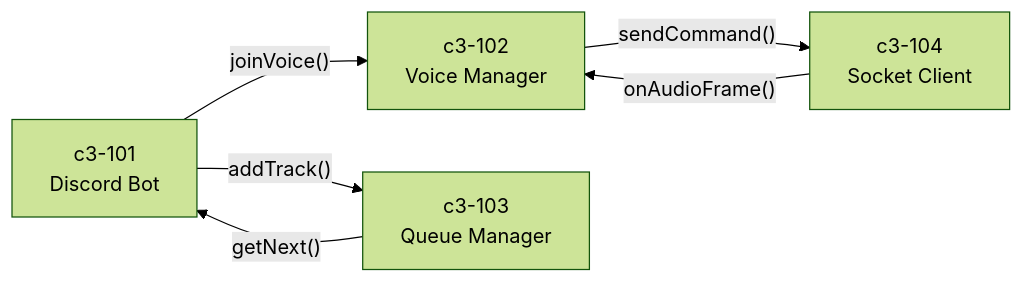
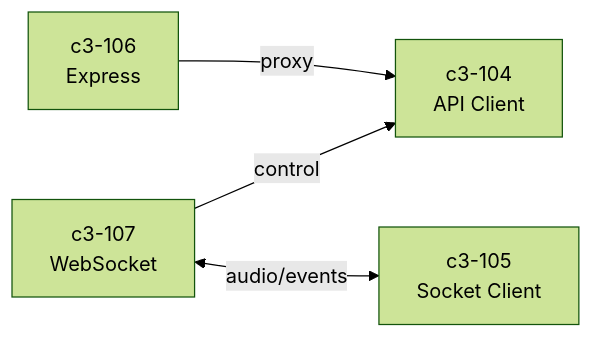
Before and after one commit to thewind121212/natashi: the second of 6 diagrams in .c3/c3-1-nodejs/README.md, drawn with Mermaid (forest theme). The commit also changed other lines of this file and 34 other files, not shown here.

````diff
--- a/.c3/c3-1-nodejs/README.md
+++ b/.c3/c3-1-nodejs/README.md
@@ -68,13 +69,11 @@
 ```mermaid
 flowchart LR
-    C101[c3-101<br/>Discord Bot]
-    C102[c3-102<br/>Voice Manager]
-    C103[c3-103<br/>Queue Manager]
-    C104[c3-104<br/>Socket Client]
+    c3_106[c3-106<br/>Express]
+    c3_107[c3-107<br/>WebSocket]
+    c3_104[c3-104<br/>API Client]
+    c3_105[c3-105<br/>Socket Client]
 
-    C101 -->|"joinVoice()"| C102
-    C101 -->|"addTrack()"| C103
-    C103 -->|"getNext()"| C101
-    C102 -->|"sendCommand()"| C104
-    C104 -->|"onAudioFrame()"| C102
+    c3_106 -->|"proxy"| c3_104
+    c3_107 -->|"control"| c3_104
+    c3_107 <-->|"audio/events"| c3_105
 ```
````
